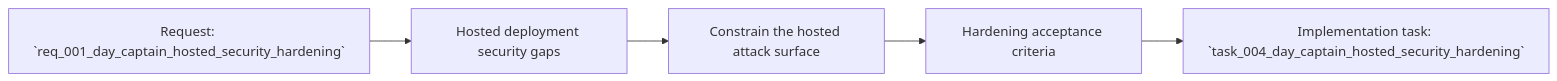
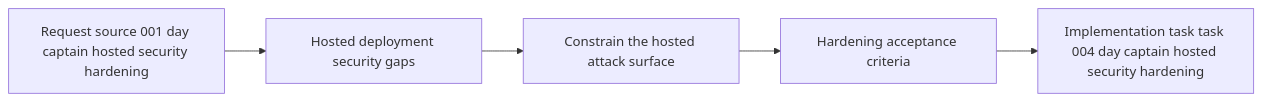
One commit to AlexAgo83/day-captain changed the diagram in logics/backlog/item_001_day_captain_hosted_security_hardening.md. Above: the diagram before and after it, drawn with Mermaid. The commit also changed 40 other files, not shown here.

Commit message:
Normalize Logics Mermaid diagrams

````diff
--- a/logics/backlog/item_001_day_captain_hosted_security_hardening.md
+++ b/logics/backlog/item_001_day_captain_hosted_security_hardening.md
@@ -35,7 +35,7 @@
 ```mermaid
 flowchart LR
-    Req[Request: `req_001_day_captain_hosted_security_hardening`] --> Problem[Hosted deployment security gaps]
+    Req[Request source 001 day captain hosted security hardening] --> Problem[Hosted deployment security gaps]
     Problem --> Scope[Constrain the hosted attack surface]
     Scope --> AC[Hardening acceptance criteria]
-    AC --> Tasks[Implementation task: `task_004_day_captain_hosted_security_hardening`]
+    AC --> Tasks[Implementation task task 004 day captain hosted security hardening]
 ```
````
